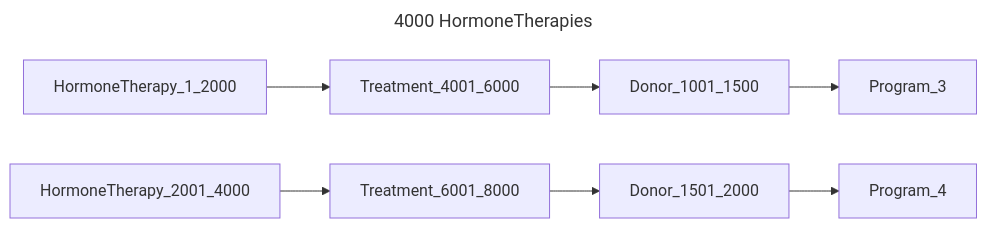
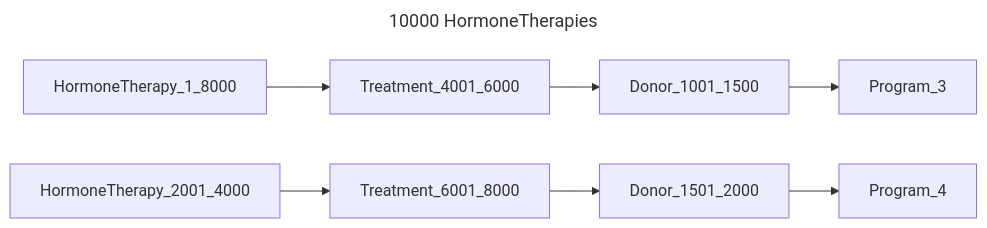
The seventh of 14 diagrams in chord_metadata_service/mohpackets/data/large_dataset/README.md (bento-platform/katsu), drawn with Mermaid before and after one commit. The commit also changed other lines of this file, not shown here.

````diff
--- a/chord_metadata_service/mohpackets/data/large_dataset/README.md
+++ b/chord_metadata_service/mohpackets/data/large_dataset/README.md
@@ -114,9 +114,9 @@
 ```mermaid
 ---
-title: 4000 HormoneTherapies
+title: 10000 HormoneTherapies
 ---
 graph LR;  
-  HormoneTherapy_1_2000 --> Treatment_4001_6000 --> Donor_1001_1500 --> Program_3;  
+  HormoneTherapy_1_8000 --> Treatment_4001_6000 --> Donor_1001_1500 --> Program_3;  
   HormoneTherapy_2001_4000 --> Treatment_6001_8000 --> Donor_1501_2000 --> Program_4;  
 
 ```
````
